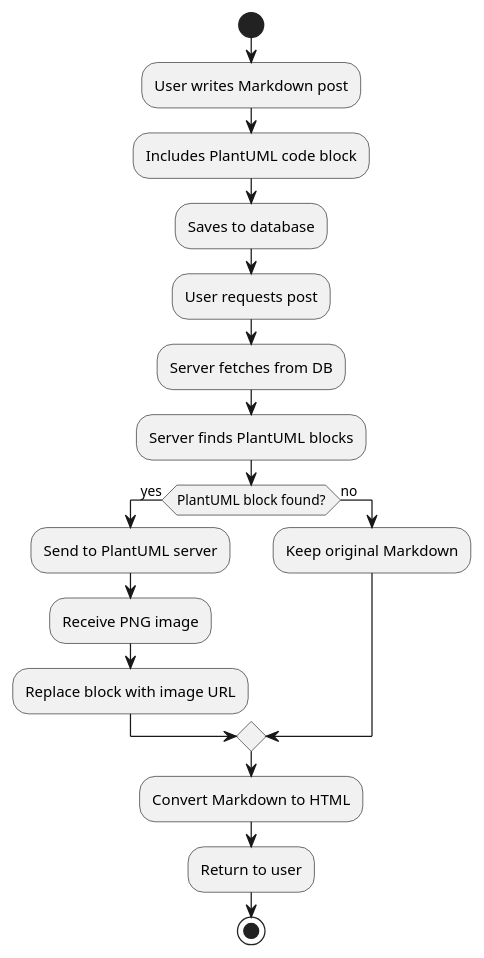
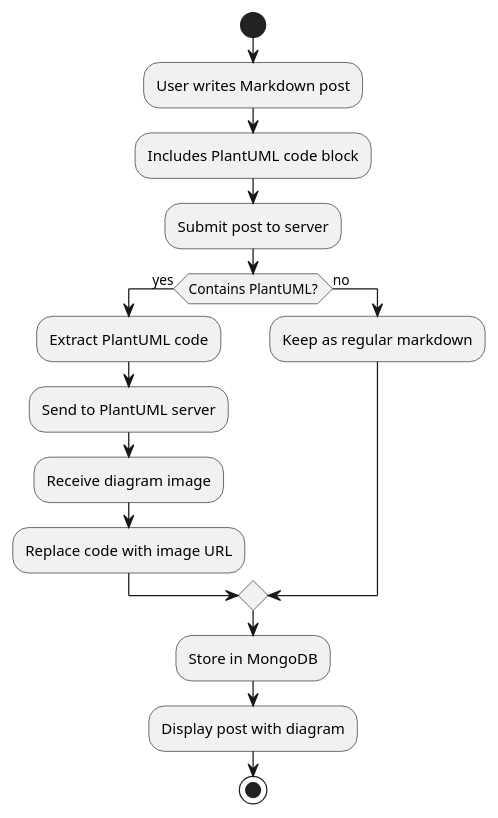
Before and after one commit to samiavasil/go-markdown-server: the fifth of 6 diagrams in PLANTUML_USAGE.md, drawn with PlantUML. The commit also changed other lines of this file and 14 other files, not shown here.

First line of the commit message:
Add PlantUML support with comprehensive enhancements

````diff
--- a/PLANTUML_USAGE.md
+++ b/PLANTUML_USAGE.md
@@ -97,19 +96,19 @@
+```plantuml
 @startuml
 start
 :User writes Markdown post;
 :Includes PlantUML code block;
-:Saves to database;
-:User requests post;
-:Server fetches from DB;
-:Server finds PlantUML blocks;
-if (PlantUML block found?) then (yes)
+:Submit post to server;
+if (Contains PlantUML?) then (yes)
+  :Extract PlantUML code;
   :Send to PlantUML server;
-  :Receive PNG image;
-  :Replace block with image URL;
+  :Receive diagram image;
+  :Replace code with image URL;
 else (no)
-  :Keep original Markdown;
+  :Keep as regular markdown;
 endif
-:Convert Markdown to HTML;
-:Return to user;
+:Store in MongoDB;
+:Display post with diagram;
 stop
 @enduml
+```
````
